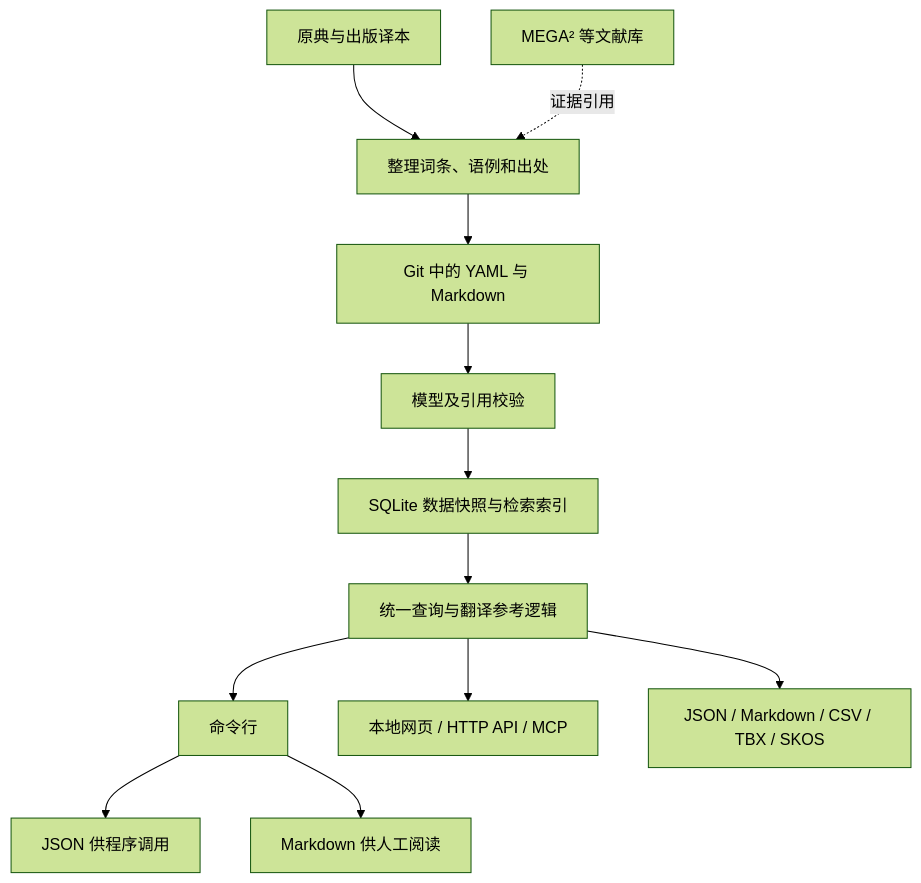
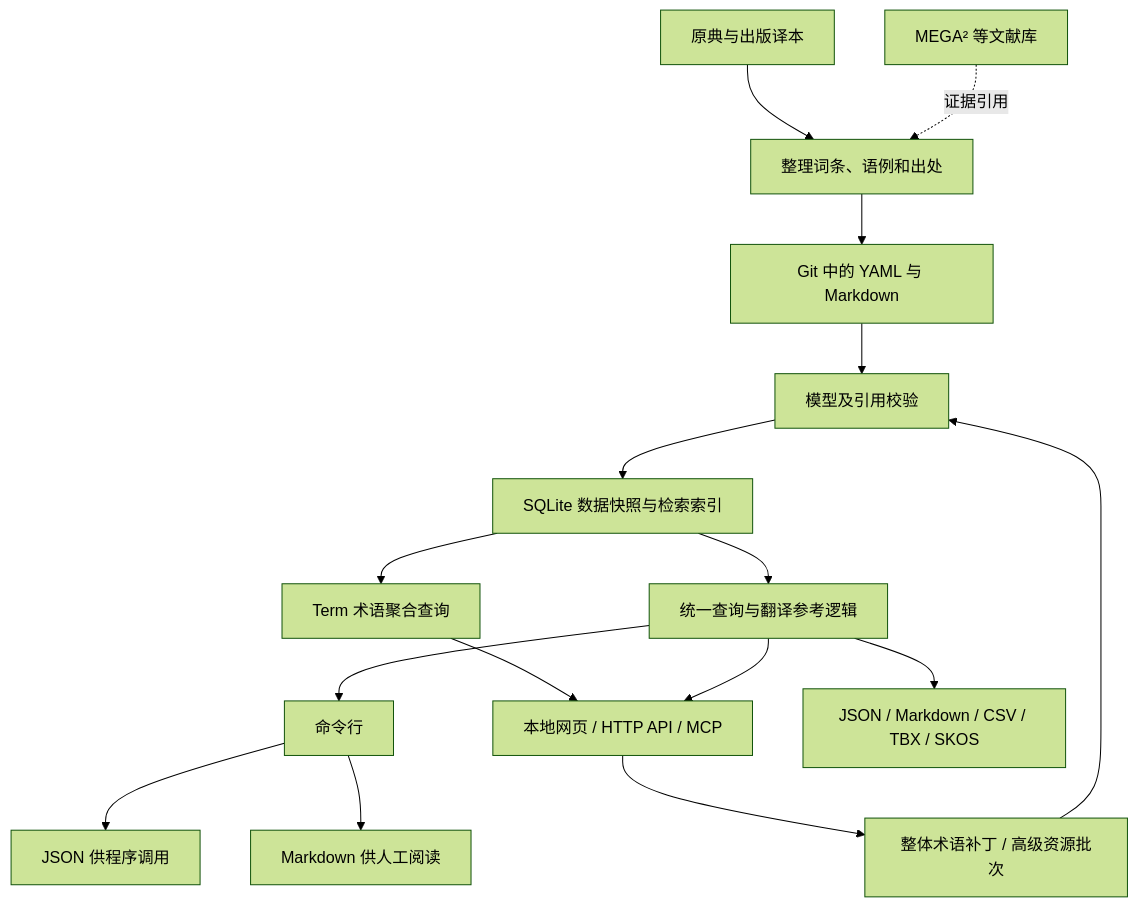
One commit to Blious/marx-lexicon changed the first of 2 diagrams in docs/architecture.md. Above: the diagram before and after it, drawn with Mermaid (forest theme). The commit also changed other lines of this file and 48 other files, not shown here.

````diff
--- a/docs/architecture.md
+++ b/docs/architecture.md
@@ -11,14 +11,18 @@
 ```mermaid
 flowchart TB
     A[原典与出版译本] --> B[整理词条、语例和出处]
     M[MEGA² 等文献库] -.证据引用.-> B
     B --> C[Git 中的 YAML 与 Markdown]
     C --> V[模型及引用校验]
     V --> D[SQLite 数据快照与检索索引]
     D --> S[统一查询与翻译参考逻辑]
+    D --> T[Term 术语聚合查询]
+    T --> W[本地网页 / HTTP API / MCP]
     S --> CLI[命令行]
     CLI --> J[JSON 供程序调用]
     CLI --> H[Markdown 供人工阅读]
-    S --> W[本地网页 / HTTP API / MCP]
+    S --> W
+    W --> P[整体术语补丁 / 高级资源批次]
+    P --> V
     S --> E[JSON / Markdown / CSV / TBX / SKOS]
 ```
````
